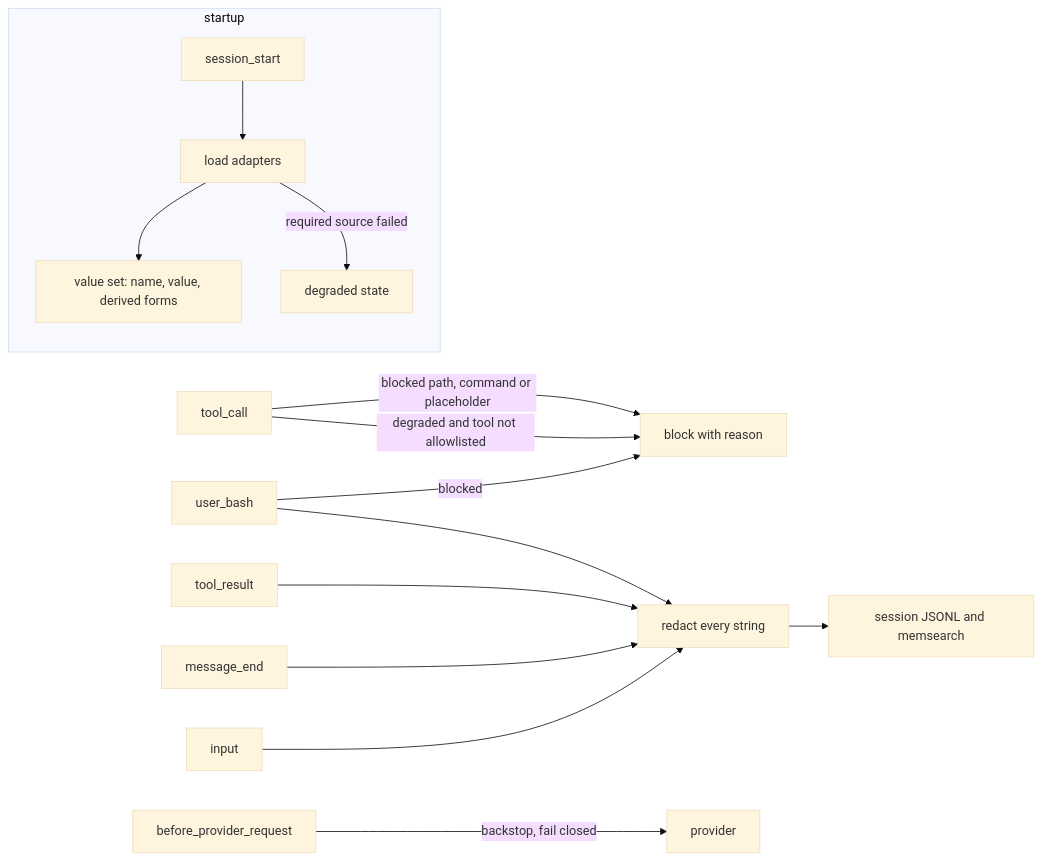
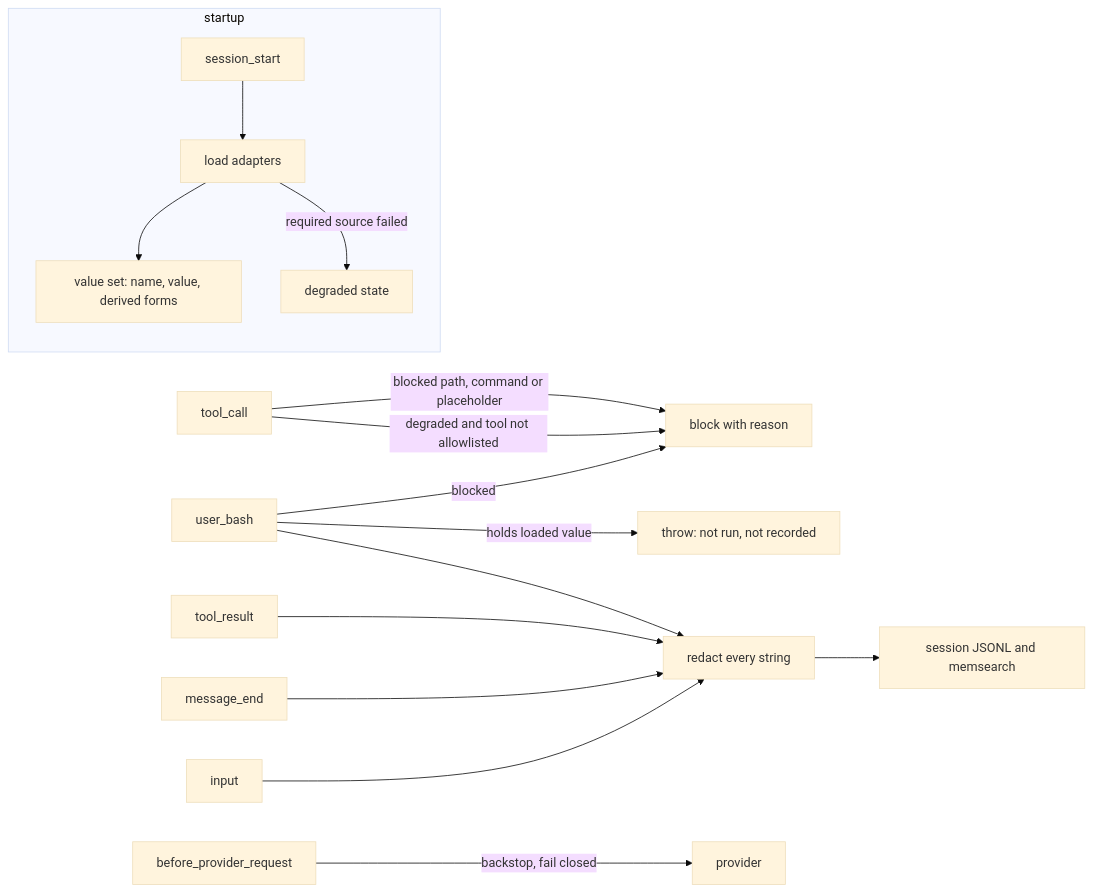
Before and after one commit to espadat-studio/motus: the diagram in meta/spec.md, drawn with Mermaid (base theme). The commit also changed other lines of this file and 4 other files, not shown here.

First line of the commit message:
fix(pi): refuse ! commands holding a loaded value (#64)

````diff
--- a/meta/spec.md
+++ b/meta/spec.md
@@ -38,17 +38,18 @@
 ```mermaid
 flowchart LR
   subgraph startup
     SS[session_start] --> L[load adapters]
     L --> V[value set: name, value, derived forms]
     L -->|required source failed| F[degraded state]
   end
   TC[tool_call] -->|blocked path, command or placeholder| BLK[block with reason]
   TC -->|degraded and tool not allowlisted| BLK
-  UB[user_bash] -->|blocked| BLK
+  UB[user_bash] -->|holds loaded value| REF[throw: not run, not recorded]
+  UB -->|blocked| BLK
   UB --> RED
   TR[tool_result] --> RED[redact every string]
   ME[message_end] --> RED
   IN[input] --> RED
   RED --> JSONL[session JSONL and memsearch]
   BPR[before_provider_request] -->|backstop, fail closed| PROV[provider]
 ```
````
